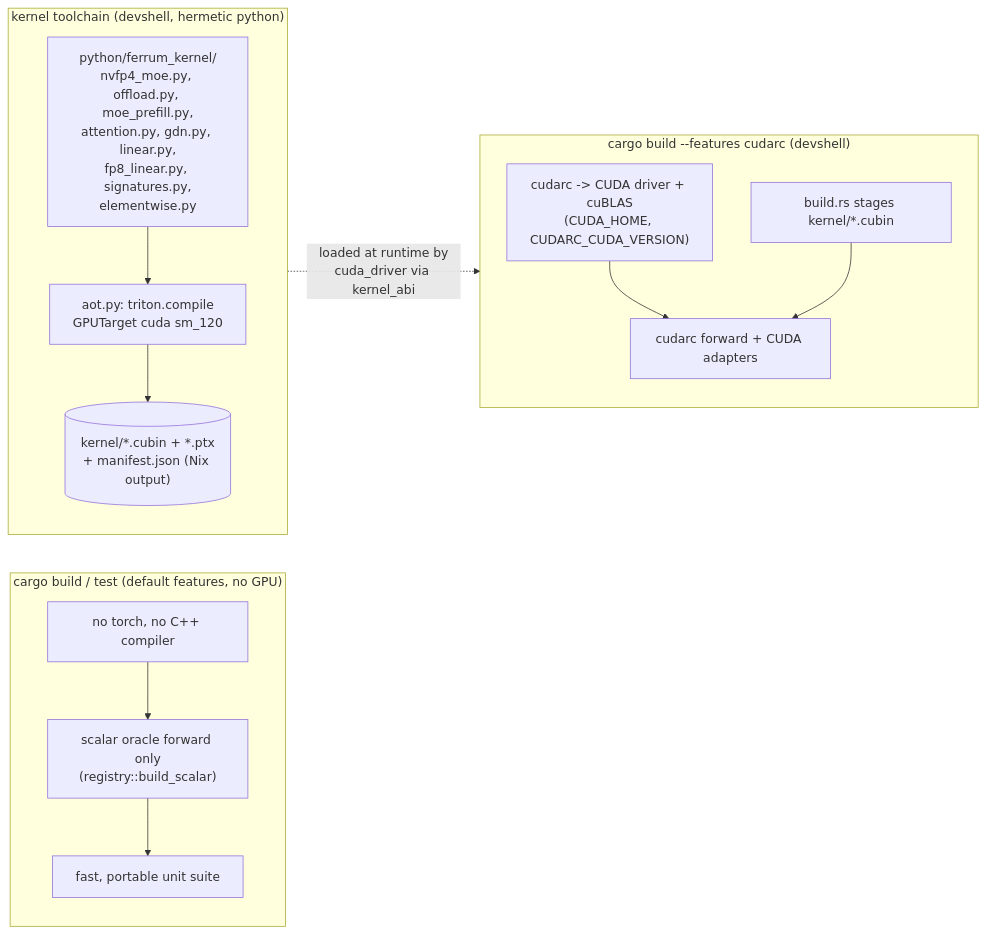
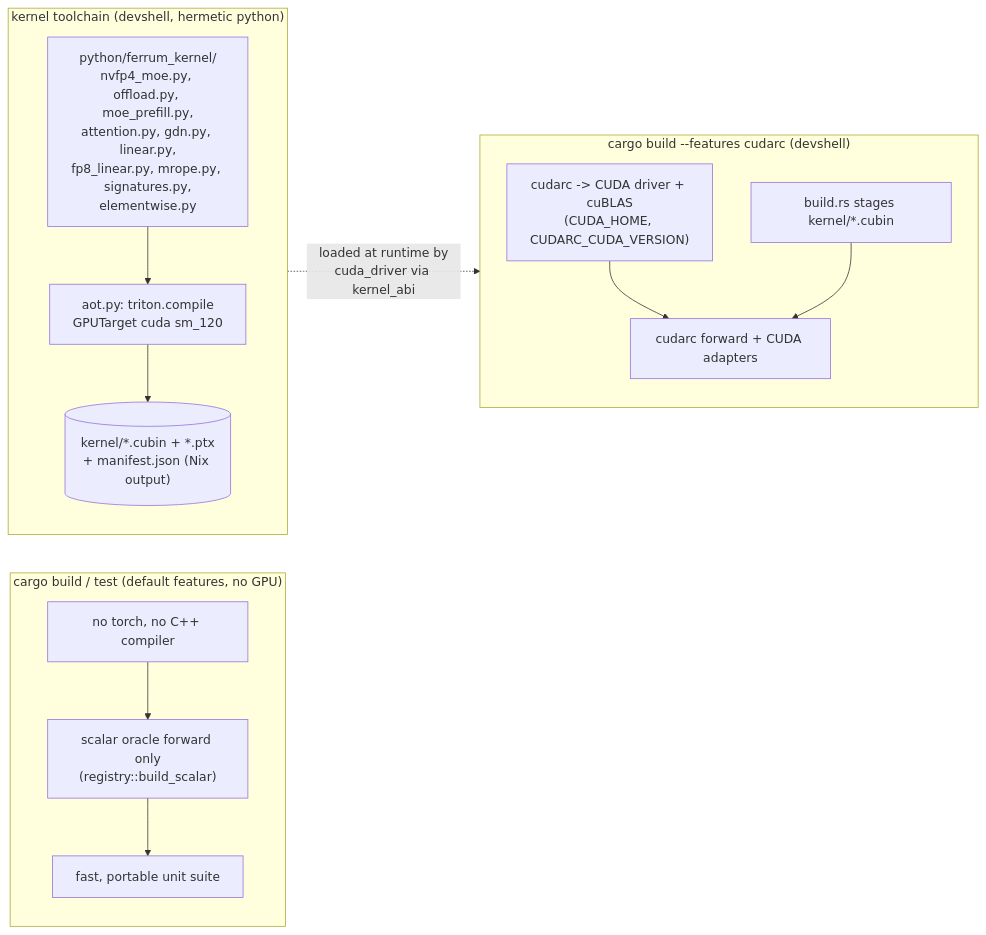
The second of 15 diagrams in ARCHITECTURE.md (butzist/ferrum-torrens), drawn with Mermaid before and after one commit. The commit also changed other lines of this file and 5 other files, not shown here.

````diff
--- a/ARCHITECTURE.md
+++ b/ARCHITECTURE.md
@@ -171,27 +171,27 @@
 ```mermaid
 flowchart LR
   subgraph CPUBuild["cargo build / test (default features, no GPU)"]
     C1["no torch, no C++ compiler"] --> C2["scalar oracle forward only\n(registry::build_scalar)"]
     C2 --> C3["fast, portable unit suite"]
   end
 
   subgraph CudaBuild["cargo build --features cudarc (devshell)"]
     direction TB
     G1["cudarc -> CUDA driver + cuBLAS\n(CUDA_HOME, CUDARC_CUDA_VERSION)"]
     G2["build.rs stages kernel/*.cubin"]
     G3["cudarc forward + CUDA adapters"]
     G1 --> G3
     G2 --> G3
   end
 
   subgraph KernelAOT["kernel toolchain (devshell, hermetic python)"]
     direction TB
-    K1["python/ferrum_kernel/\nnvfp4_moe.py, offload.py, moe_prefill.py,\nattention.py, gdn.py, linear.py,\nfp8_linear.py, signatures.py,
+    K1["python/ferrum_kernel/\nnvfp4_moe.py, offload.py, moe_prefill.py,\nattention.py, gdn.py, linear.py,\nfp8_linear.py, mrope.py, signatures.py,
 elementwise.py"]
     K2["aot.py: triton.compile\nGPUTarget cuda sm_120"]
     K3[("kernel/*.cubin + *.ptx\n+ manifest.json (Nix output)")]
     K1 --> K2 --> K3
   end
 
   K3 -. "loaded at runtime by\ncuda_driver via kernel_abi" .-> G3
 ```
````
